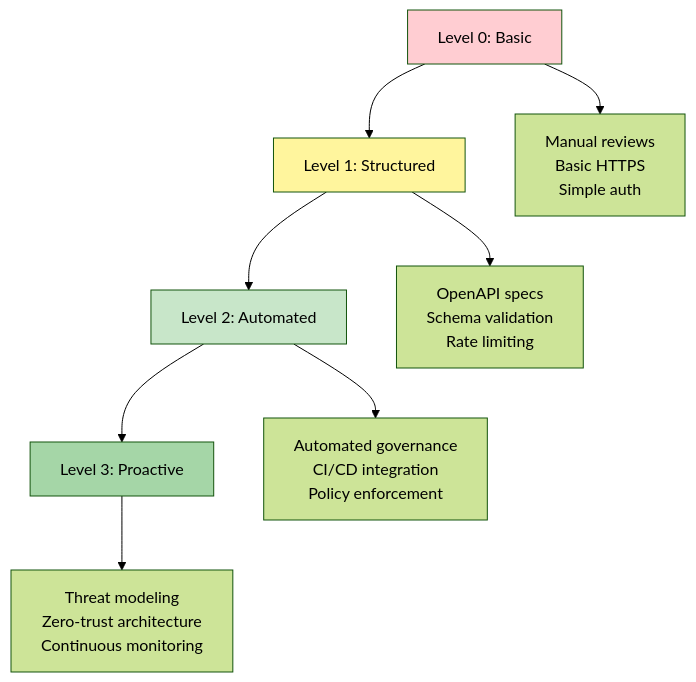
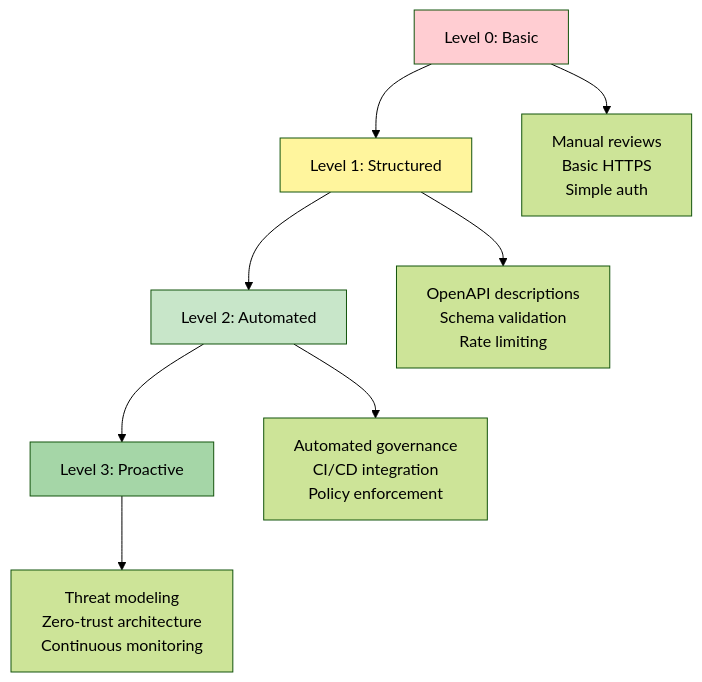
One commit to Redocly/website changed the third of 3 diagrams in learn/security/index.md. Above: the diagram before and after it, drawn with Mermaid (forest theme). The commit also changed other lines of this file, not shown here.

````diff
--- a/learn/security/index.md
+++ b/learn/security/index.md
@@ -180,14 +176,14 @@
 ```mermaid
 graph TD
     A[Level 0: Basic] --> B[Level 1: Structured] --> C[Level 2: Automated] --> D[Level 3: Proactive]
     
     A --> A1[Manual reviews<br/>Basic HTTPS<br/>Simple auth]
-    B --> B1[OpenAPI specs<br/>Schema validation<br/>Rate limiting]
+    B --> B1[OpenAPI descriptions<br/>Schema validation<br/>Rate limiting]
     C --> C1[Automated governance<br/>CI/CD integration<br/>Policy enforcement]
     D --> D1[Threat modeling<br/>Zero-trust architecture<br/>Continuous monitoring]
     
     style A fill:#ffcdd2
     style B fill:#fff59d
     style C fill:#c8e6c9
     style D fill:#a5d6a7
 ```
````
